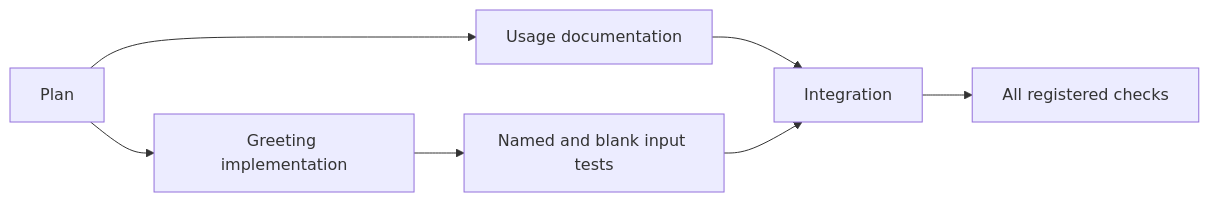
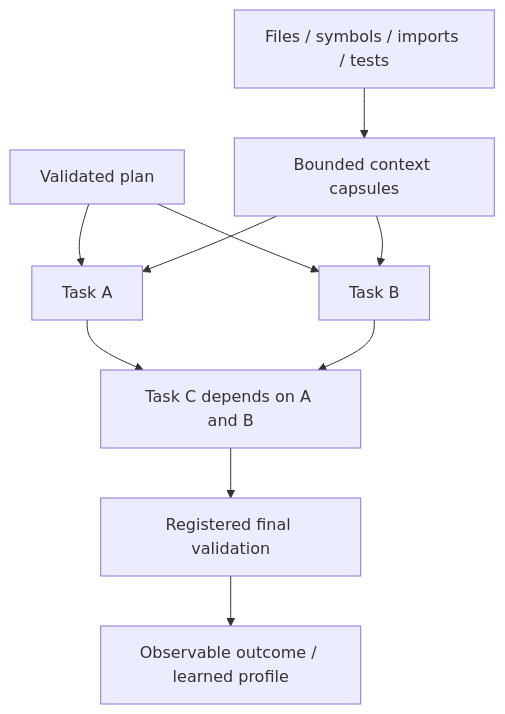
Before and after one commit to Jigsaw777/accension: the fourth of 6 diagrams in ARCHITECTURE.md, drawn with Mermaid. The commit also changed other lines of this file and 113 other files, not shown here.

````diff
--- a/ARCHITECTURE.md
+++ b/ARCHITECTURE.md
@@ -26,9 +60,12 @@
 ```mermaid
-flowchart LR
-    P[Plan] --> A[Greeting implementation]
-    P --> B[Usage documentation]
-    A --> C[Named and blank input tests]
-    B --> D[Integration]
-    C --> D
-    D --> E[All registered checks]
+flowchart TD
+  R[Files / symbols / imports / tests] --> C[Bounded context capsules]
+  P[Validated plan] --> A[Task A]
+  P --> B[Task B]
+  A --> J[Task C depends on A and B]
+  B --> J
+  C --> A
+  C --> B
+  J --> V[Registered final validation]
+  V --> O[Observable outcome / learned profile]
 ```
````
